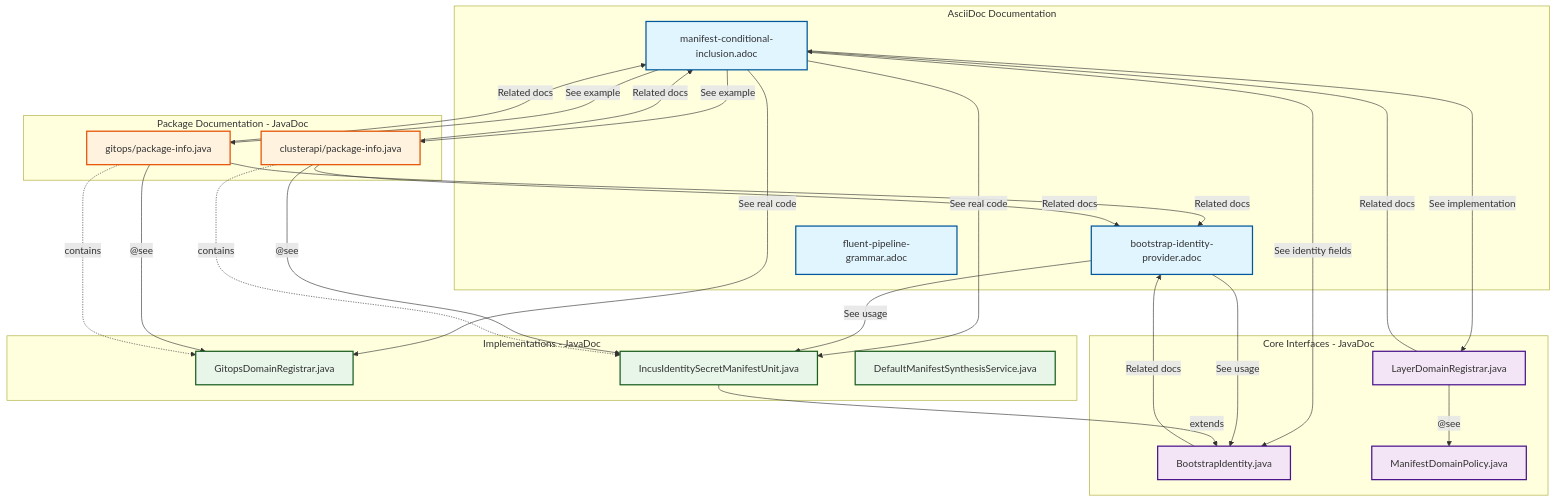
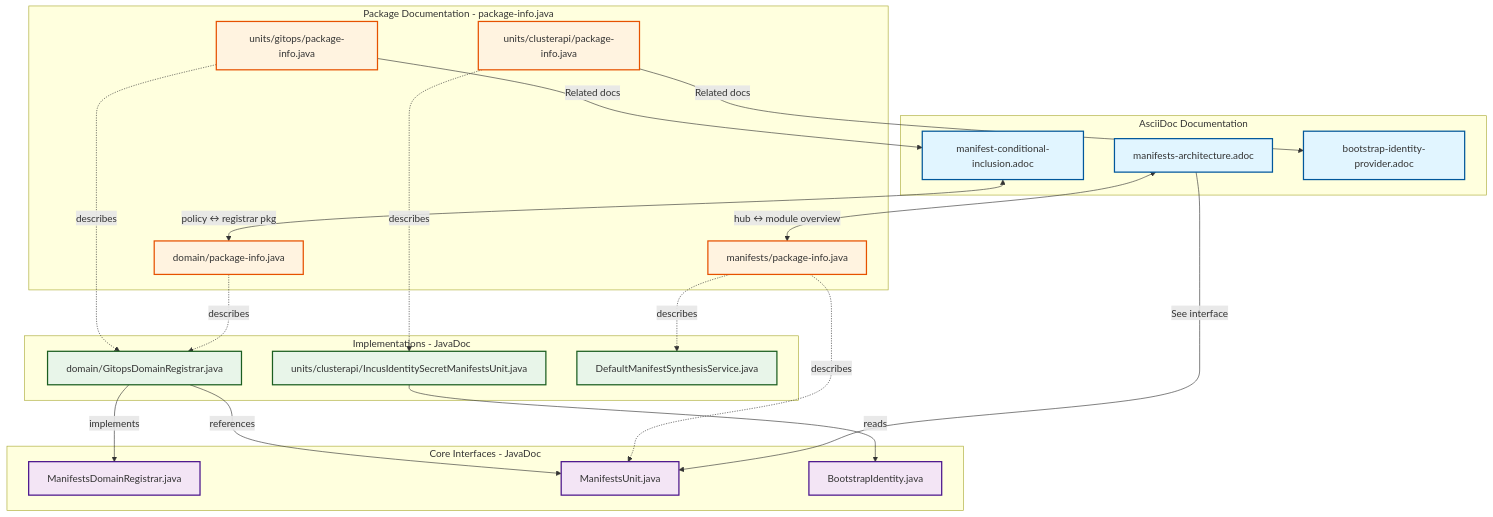
The diagram in docs/cross-reference-navigation.adoc (nxmatic/rke2lab), drawn with Mermaid before and after one commit. The commit also changed other lines of this file and 15 other files, not shown here.

First line of the commit message:
docs(manifests): consolidate architecture docs into hub + companions

```diff
--- a/docs/cross-reference-navigation.adoc
+++ b/docs/cross-reference-navigation.adoc
@@ -9,65 +9,59 @@
 [mermaid]
 ----
 graph TB
     subgraph "AsciiDoc Documentation"
+        HUB[manifests-architecture.adoc]
         MCI[manifest-conditional-inclusion.adoc]
         BIP[bootstrap-identity-provider.adoc]
-        FPG[fluent-pipeline-grammar.adoc]
     end
 
-    subgraph "Package Documentation - JavaDoc"
-        GPI[gitops/package-info.java]
-        CPI[clusterapi/package-info.java]
+    subgraph "Package Documentation - package-info.java"
+        RPI[manifests/package-info.java]
+        DPI[domain/package-info.java]
+        GPI[units/gitops/package-info.java]
+        CPI[units/clusterapi/package-info.java]
     end
 
     subgraph "Core Interfaces - JavaDoc"
-        LDR[LayerDomainRegistrar.java]
+        LDR[ManifestsDomainRegistrar.java]
+        MU[ManifestsUnit.java]
         BI[BootstrapIdentity.java]
-        MDP[ManifestDomainPolicy.java]
     end
 
     subgraph "Implementations - JavaDoc"
-        GDR[GitopsDomainRegistrar.java]
-        IISU[IncusIdentitySecretManifestUnit.java]
+        GDR[domain/GitopsDomainRegistrar.java]
+        IISU[units/clusterapi/IncusIdentitySecretManifestsUnit.java]
         DMS[DefaultManifestSynthesisService.java]
     end
 
-    %% AsciiDoc → JavaDoc
-    MCI -->|"See implementation"| LDR
-    MCI -->|"See example"| GPI
-    MCI -->|"See example"| CPI
-    MCI -->|"See real code"| GDR
-    MCI -->|"See real code"| IISU
-    MCI -->|"See identity fields"| BI
+    %% AsciiDoc ↔ package-info
+    HUB <-->|"hub ↔ module overview"| RPI
+    MCI <-->|"policy ↔ registrar pkg"| DPI
+    HUB -->|"See interface"| MU
 
-    BIP -->|"See usage"| BI
-    BIP -->|"See usage"| IISU
+    %% package-info → implementation (contains)
+    RPI -.->|describes| MU
+    RPI -.->|describes| DMS
+    DPI -.->|describes| GDR
+    GPI -.->|describes| GDR
+    CPI -.->|describes| IISU
 
-    %% JavaDoc → AsciiDoc
-    LDR -->|"Related docs"| MCI
+    %% package-info → docs
     GPI -->|"Related docs"| MCI
-    GPI -->|"Related docs"| BIP
-    CPI -->|"Related docs"| MCI
     CPI -->|"Related docs"| BIP
-    BI -->|"Related docs"| BIP
 
     %% JavaDoc → JavaDoc
-    GPI -->|"@see"| GDR
-    CPI -->|"@see"| IISU
-    LDR -->|"@see"| MDP
-    IISU -->|"extends"| BI
-
-    %% Package → Implementation
-    GPI -.->|contains| GDR
-    CPI -.->|contains| IISU
+    GDR -->|"implements"| LDR
+    GDR -->|"references"| MU
+    IISU -->|"reads"| BI
 
     classDef docClass fill:#e1f5ff,stroke:#01579b,stroke-width:2px
     classDef pkgClass fill:#fff3e0,stroke:#e65100,stroke-width:2px
     classDef interfaceClass fill:#f3e5f5,stroke:#4a148c,stroke-width:2px
     classDef implClass fill:#e8f5e9,stroke:#1b5e20,stroke-width:2px
 
-    class MCI,BIP,FPG docClass
-    class GPI,CPI pkgClass
-    class LDR,BI,MDP interfaceClass
+    class HUB,MCI,BIP docClass
+    class RPI,DPI,GPI,CPI pkgClass
+    class LDR,MU,BI interfaceClass
     class GDR,IISU,DMS implClass
 ----
```
